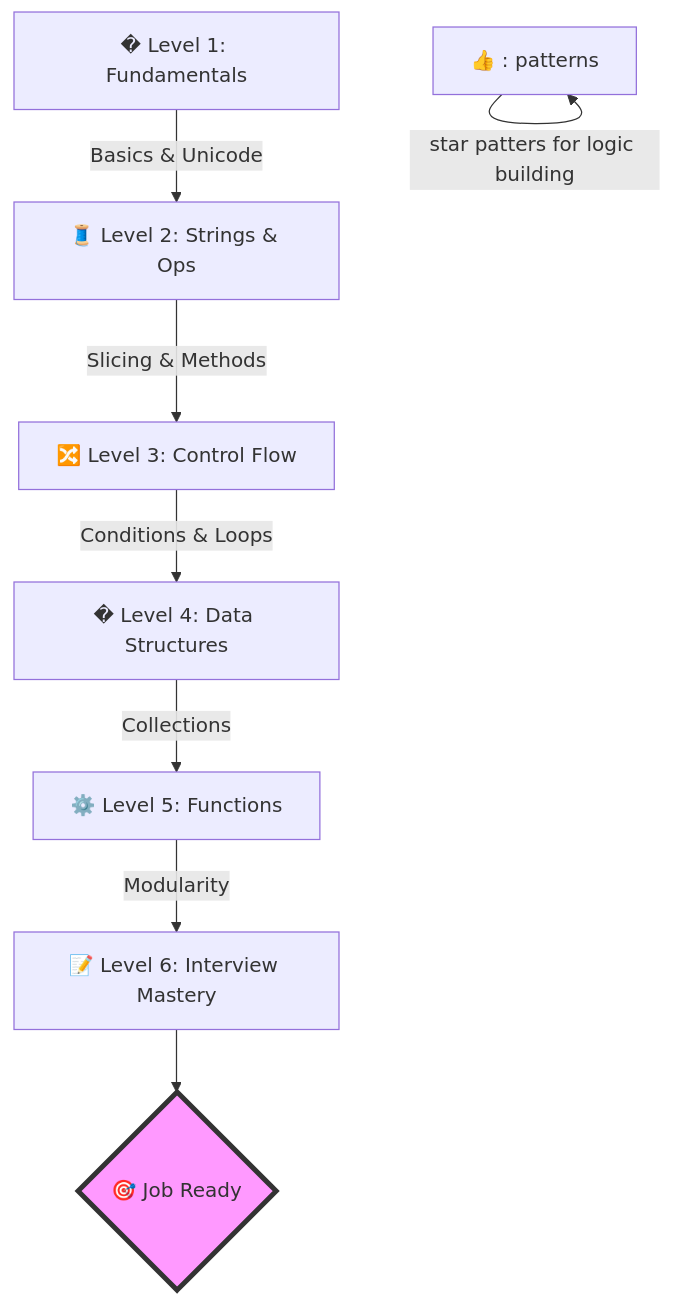
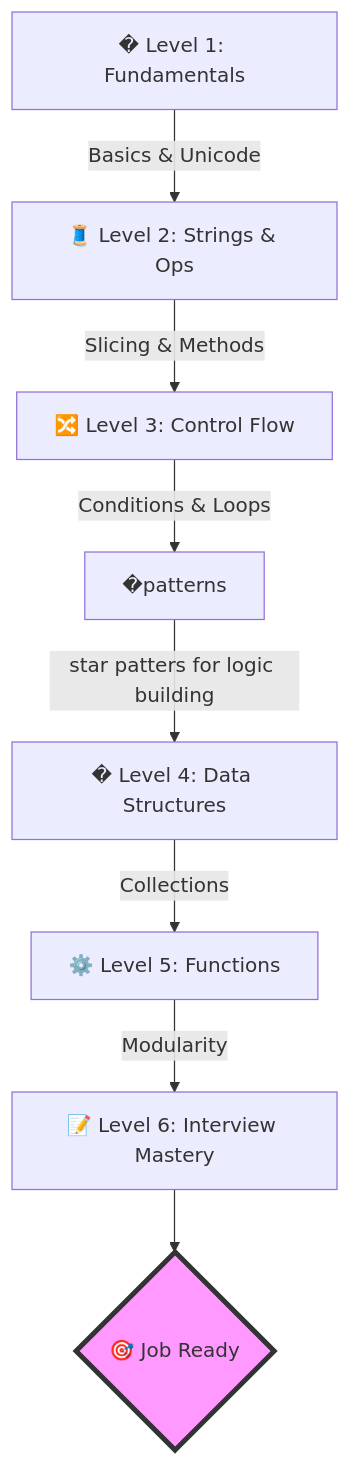
Before and after one commit to doxpro26-star/Python_notes_byDoxpro: the diagram in README.md, drawn with Mermaid.

````diff
--- a/README.md
+++ b/README.md
@@ -54,12 +54,12 @@
 ```mermaid
 graph TD
     A[� Level 1: Fundamentals] -- Basics & Unicode --> B[🧵 Level 2: Strings & Ops]
     B -- Slicing & Methods --> C[🔀 Level 3: Control Flow]
-    C -- Conditions & Loops --> D[� Level 4: Data Structures]
-    * --  star patters for logic building --> *[👍 : patterns]
+    C -- Conditions & Loops --> *[�patterns]
+    * --  star patters for logic building --> D[� Level 4: Data Structures]
     D -- Collections --> E[⚙️ Level 5: Functions]
     E -- Modularity --> F[📝 Level 6: Interview Mastery]
     F --> G{🎯 Job Ready}
     
     style G fill:#f9f,stroke:#333,stroke-width:4px
 ```
````
